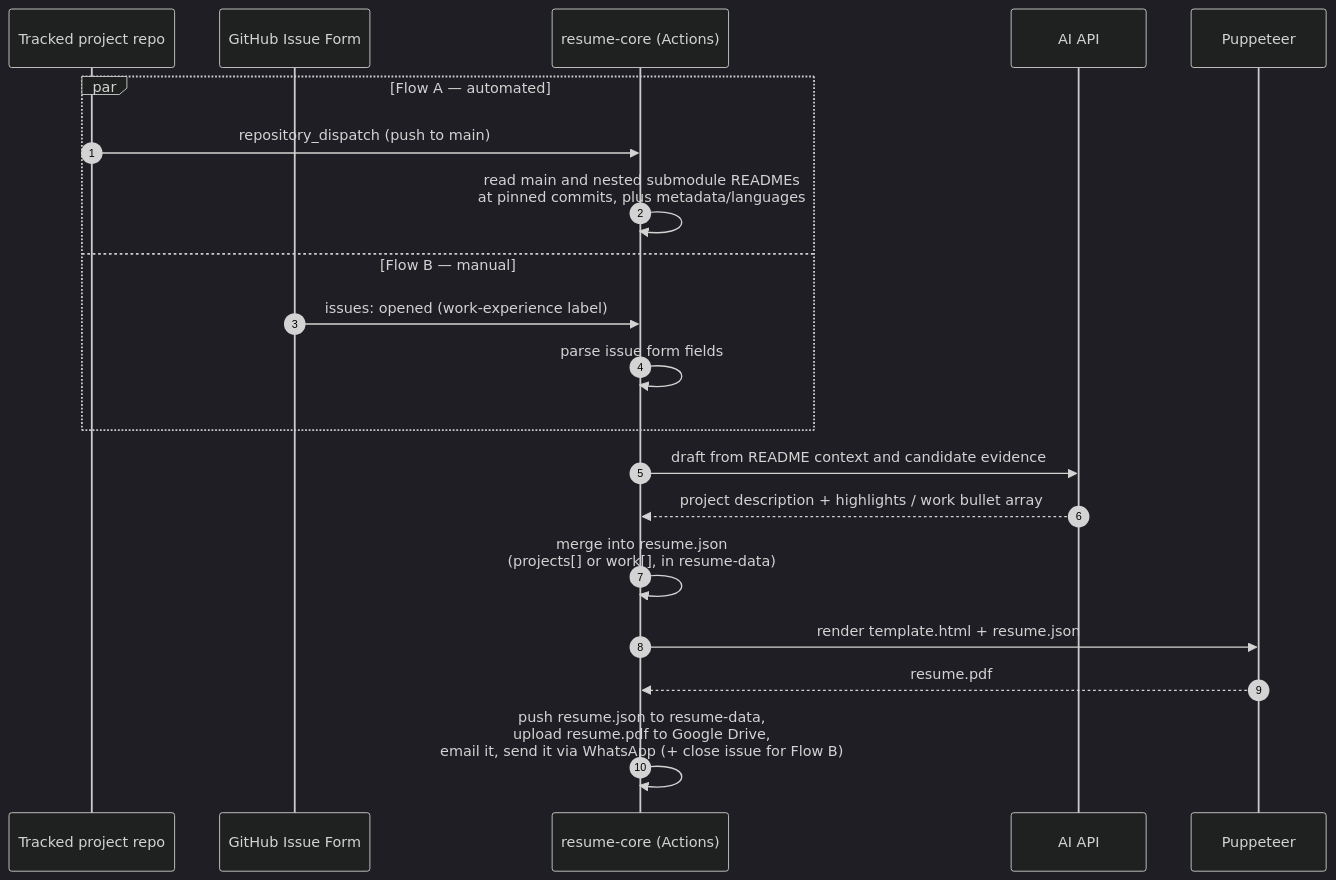
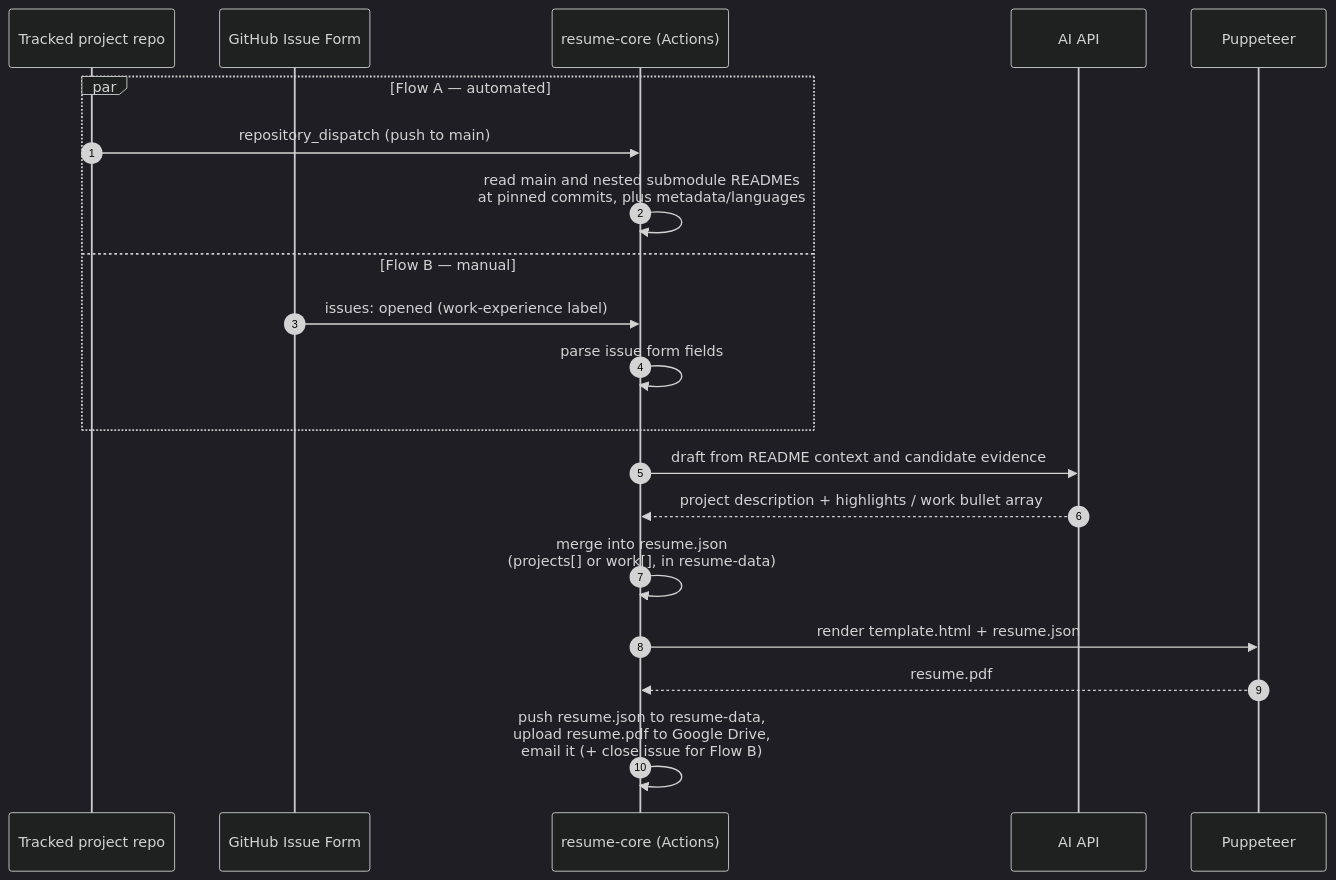
One commit to ChamathDilshanC/resume-core changed the first of 2 diagrams in README.md. Above: the diagram before and after it, drawn with Mermaid (dark theme). The commit also changed other lines of this file and 6 other files, not shown here.

Commit message:
chore: remove WhatsApp integration

````diff
--- a/README.md
+++ b/README.md
@@ -38,23 +38,23 @@
 ```mermaid
 sequenceDiagram
     autonumber
     participant Repo as Tracked project repo
     participant Issue as GitHub Issue Form
     participant Core as resume-core (Actions)
     participant AI as AI API
     participant PDF as Puppeteer
 
     par Flow A — automated
         Repo->>Core: repository_dispatch (push to main)
         Core->>Core: read main and nested submodule READMEs<br/>at pinned commits, plus metadata/languages
     and Flow B — manual
         Issue->>Core: issues: opened (work-experience label)
         Core->>Core: parse issue form fields
     end
     Core->>AI: draft from README context and candidate evidence
     AI-->>Core: project description + highlights / work bullet array
     Core->>Core: merge into resume.json<br/>(projects[] or work[], in resume-data)
     Core->>PDF: render template.html + resume.json
     PDF-->>Core: resume.pdf
-    Core->>Core: push resume.json to resume-data,<br/>upload resume.pdf to Google Drive,<br/>email it, send it via WhatsApp (+ close issue for Flow B)
+    Core->>Core: push resume.json to resume-data,<br/>upload resume.pdf to Google Drive,<br/>email it (+ close issue for Flow B)
 ```
````
